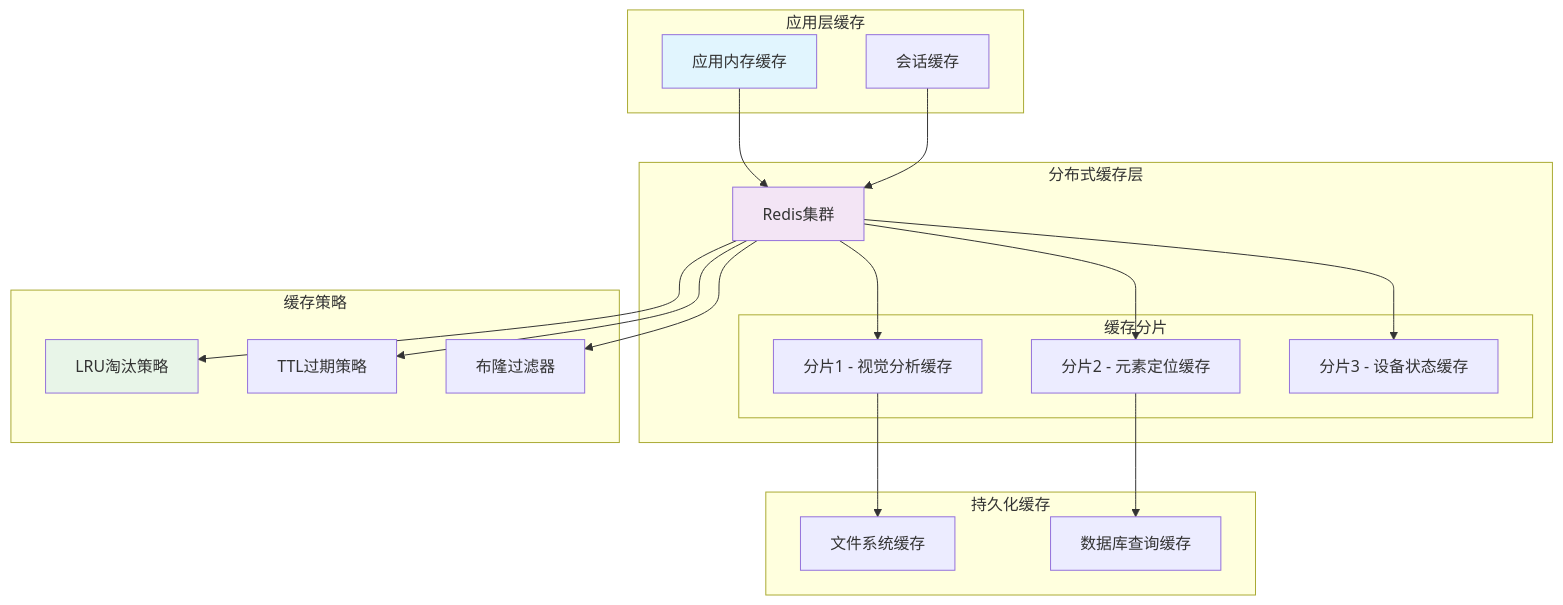
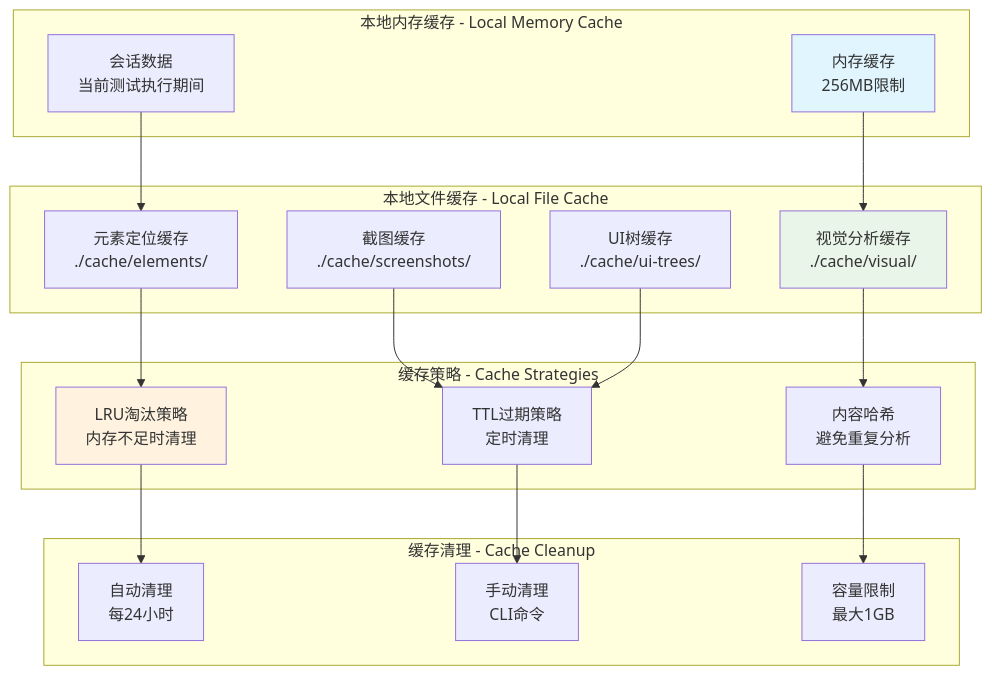
One commit to zhuozp/AI-UI- changed diagram 13 of 31 in Tech.md. Above: the diagram before and after it, drawn with Mermaid. The commit also changed other lines of this file, not shown here.

````diff
--- a/Tech.md
+++ b/Tech.md
@@ -1158,44 +1106,42 @@
 ```mermaid
 graph TB
-    subgraph "应用层缓存"
-        AppCache[应用内存缓存]
-        SessionCache[会话缓存]
+    subgraph "本地内存缓存 - Local Memory Cache"
+        MemCache[内存缓存<br/>256MB限制]
+        SessionData[会话数据<br/>当前测试执行期间]
     end
     
-    subgraph "分布式缓存层"
-        RedisCluster[Redis集群]
-        subgraph "缓存分片"
-            Shard1[分片1 - 视觉分析缓存]
-            Shard2[分片2 - 元素定位缓存]
-            Shard3[分片3 - 设备状态缓存]
-        end
+    subgraph "本地文件缓存 - Local File Cache"
+        VisualCache[视觉分析缓存<br/>./cache/visual/]
+        ElementCache[元素定位缓存<br/>./cache/elements/]
+        ScreenCache[截图缓存<br/>./cache/screenshots/]
+        UITreeCache[UI树缓存<br/>./cache/ui-trees/]
     end
     
-    subgraph "持久化缓存"
-        FileCache[文件系统缓存]
-        DBCache[数据库查询缓存]
+    subgraph "缓存策略 - Cache Strategies"
+        LRU[LRU淘汰策略<br/>内存不足时清理]
+        TTL[TTL过期策略<br/>定时清理]
+        HashKey[内容哈希<br/>避免重复分析]
     end
     
-    subgraph "缓存策略"
-        LRU[LRU淘汰策略]
-        TTL[TTL过期策略]
-        BloomFilter[布隆过滤器]
+    subgraph "缓存清理 - Cache Cleanup"
+        AutoCleanup[自动清理<br/>每24小时]
+        ManualCleanup[手动清理<br/>CLI命令]
+        SizeLimit[容量限制<br/>最大1GB]
     end
     
-    AppCache --> RedisCluster
-    SessionCache --> RedisCluster
-    RedisCluster --> Shard1
-    RedisCluster --> Shard2
-    RedisCluster --> Shard3
+    MemCache --> VisualCache
+    SessionData --> ElementCache
     
-    Shard1 --> FileCache
-    Shard2 --> DBCache
+    VisualCache --> HashKey
+    ElementCache --> LRU
+    ScreenCache --> TTL
+    UITreeCache --> TTL
     
-    RedisCluster --> LRU
-    RedisCluster --> TTL
-    RedisCluster --> BloomFilter
+    LRU --> AutoCleanup
+    TTL --> ManualCleanup
+    HashKey --> SizeLimit
     
-    style AppCache fill:#e1f5fe
-    style RedisCluster fill:#f3e5f5
-    style LRU fill:#e8f5e8
+    style MemCache fill:#e1f5fe
+    style VisualCache fill:#e8f5e8
+    style LRU fill:#fff3e0
 ```
````
